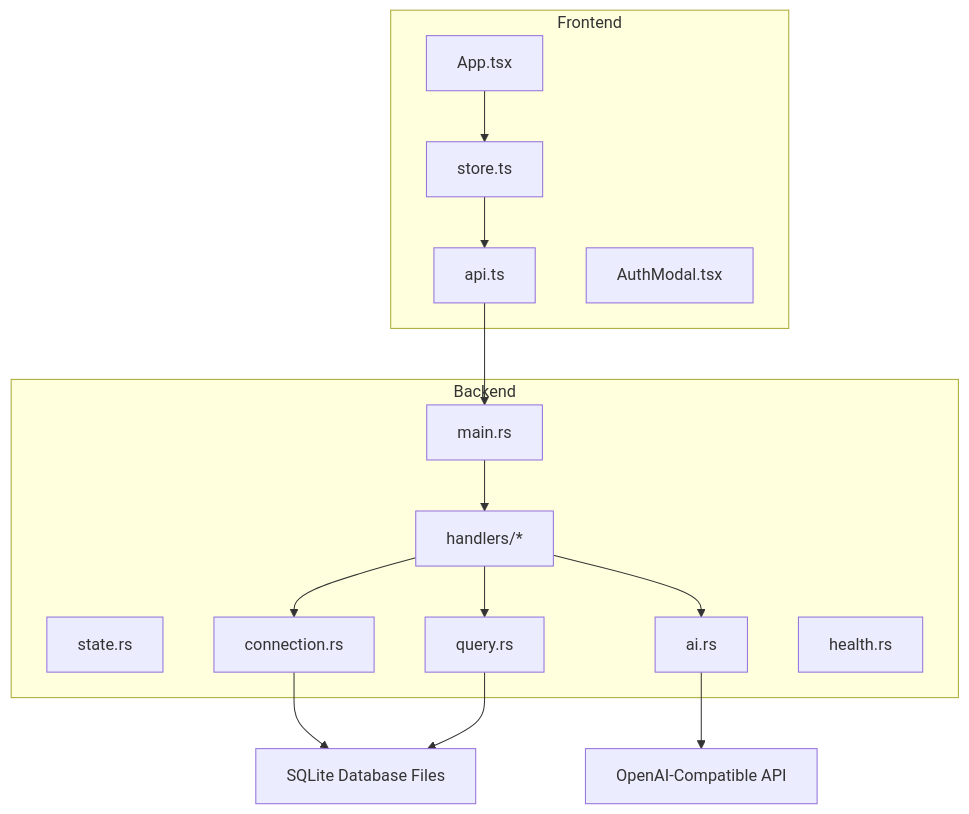
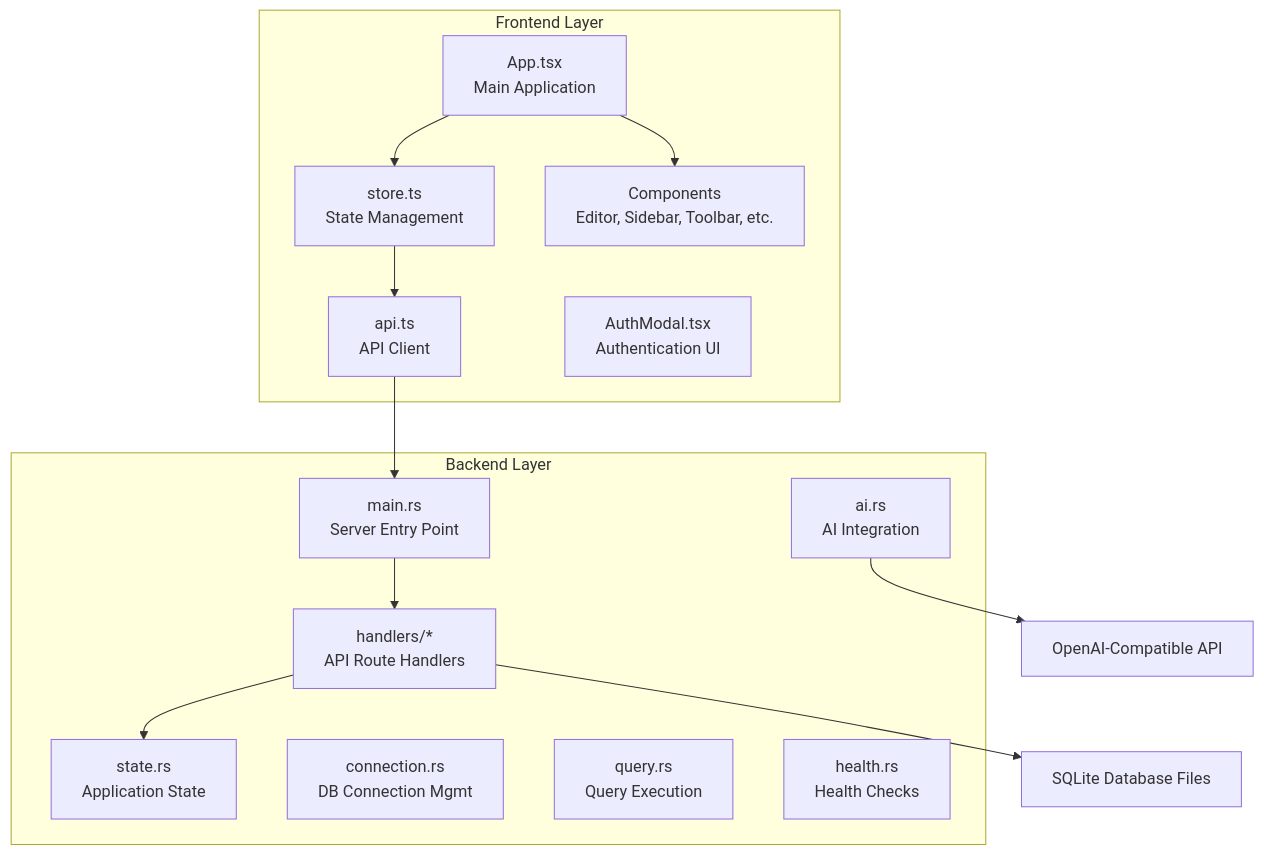
One commit to sutanto1010/crablite changed the first of 10 diagrams in .qoder/repowiki/en/content/Architecture & Design.md. Above: the diagram before and after it, drawn with Mermaid. The commit also changed other lines of this file and 7 other files, not shown here.

First line of the commit message:
docs(architecture): update detailed system architecture and documentation

````diff
--- a/.qoder/repowiki/en/content/Architecture & Design.md
+++ b/.qoder/repowiki/en/content/Architecture & Design.md
@@ -47,30 +57,29 @@
 ```mermaid
 graph TB
-subgraph "Frontend"
-FE_App["App.tsx"]
-FE_Store["store.ts"]
-FE_API["api.ts"]
-FE_Auth["AuthModal.tsx"]
+subgraph "Frontend Layer"
+FE_App["App.tsx<br/>Main Application"]
+FE_Store["store.ts<br/>State Management"]
+FE_API["api.ts<br/>API Client"]
+FE_Auth["AuthModal.tsx<br/>Authentication UI"]
+FE_Components["Components<br/>Editor, Sidebar, Toolbar, etc."]
 end
-subgraph "Backend"
-BE_Main["main.rs"]
-BE_State["state.rs"]
-BE_Handlers["handlers/*"]
-BE_Conn["connection.rs"]
-BE_Query["query.rs"]
-BE_AI["ai.rs"]
-BE_Health["health.rs"]
+subgraph "Backend Layer"
+BE_Main["main.rs<br/>Server Entry Point"]
+BE_State["state.rs<br/>Application State"]
+BE_Handlers["handlers/*<br/>API Route Handlers"]
+BE_Conn["connection.rs<br/>DB Connection Mgmt"]
+BE_Query["query.rs<br/>Query Execution"]
+BE_AI["ai.rs<br/>AI Integration"]
+BE_Health["health.rs<br/>Health Checks"]
 end
 DB["SQLite Database Files"]
-AI["OpenAI-Compatible API"]
+LLM["OpenAI-Compatible API"]
+FE_App --> FE_Components
 FE_App --> FE_Store
 FE_Store --> FE_API
 FE_API --> BE_Main
 BE_Main --> BE_Handlers
-BE_Handlers --> BE_Conn
-BE_Handlers --> BE_Query
-BE_Handlers --> BE_AI
-BE_Conn --> DB
-BE_Query --> DB
-BE_AI --> AI
+BE_Handlers --> BE_State
+BE_Handlers --> DB
+BE_AI --> LLM
 ```
````
